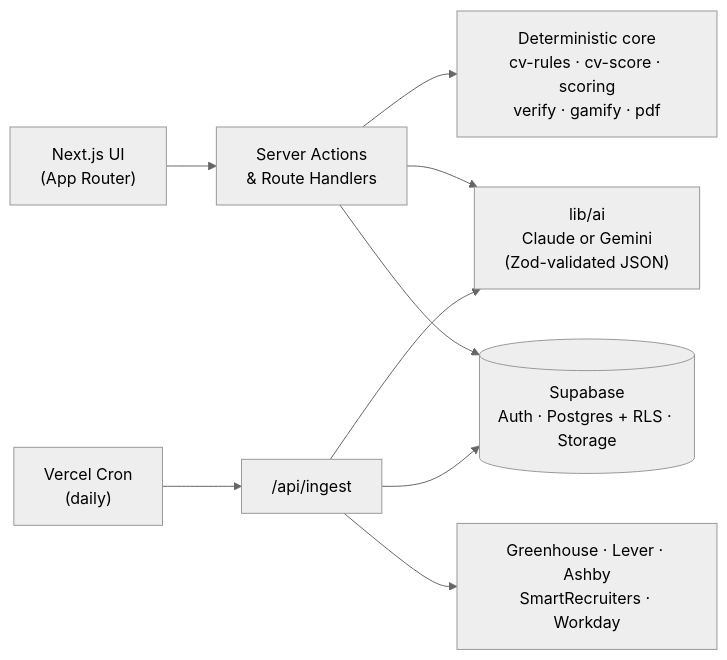
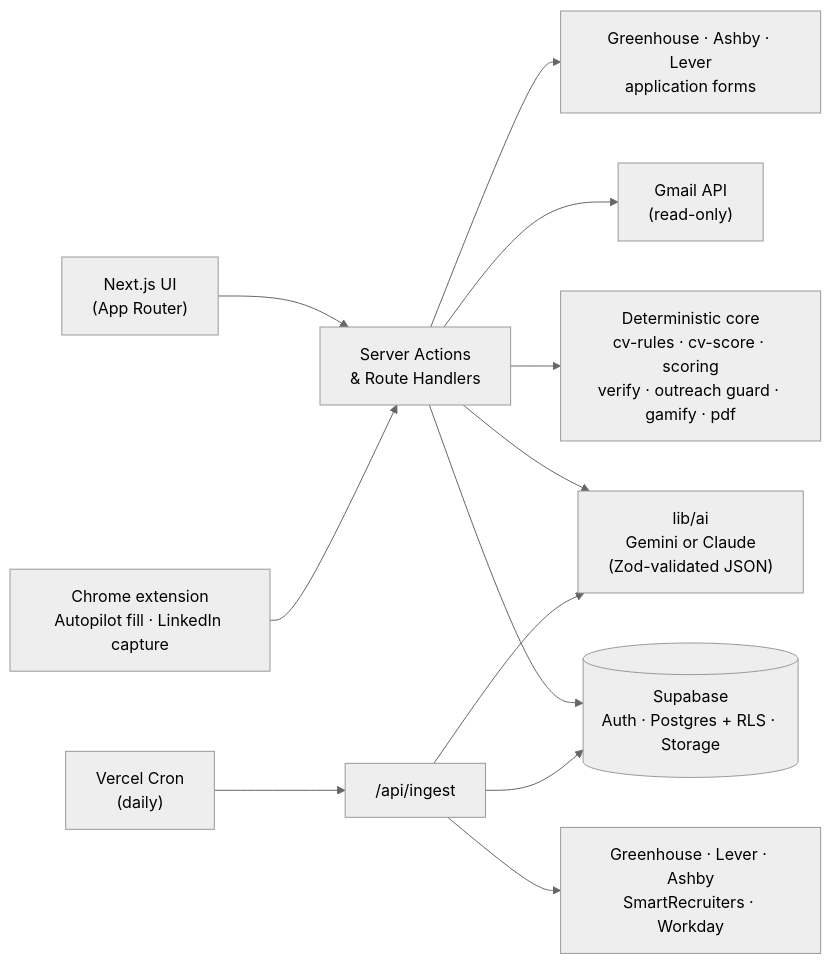
Before and after one commit to berkeaskim/placed: the diagram in README.md, drawn with Mermaid (neutral theme). The commit also changed other lines of this file, not shown here.

First line of the commit message:
docs(readme): cover Autopilot, LinkedIn score, interview prep, Inbox Agent and networking

````diff
--- a/README.md
+++ b/README.md
@@ -121,11 +149,14 @@
 ```mermaid
 flowchart LR
     UI["Next.js UI<br/>(App Router)"] --> SA["Server Actions<br/>& Route Handlers"]
+    EXT["Chrome extension<br/>Autopilot fill · LinkedIn capture"] --> SA
     SA --> DB[("Supabase<br/>Auth · Postgres + RLS · Storage")]
-    SA --> AI["lib/ai<br/>Claude or Gemini<br/>(Zod-validated JSON)"]
-    SA --> DET["Deterministic core<br/>cv-rules · cv-score · scoring<br/>verify · gamify · pdf"]
+    SA --> AI["lib/ai<br/>Gemini or Claude<br/>(Zod-validated JSON)"]
+    SA --> DET["Deterministic core<br/>cv-rules · cv-score · scoring<br/>verify · outreach guard · gamify · pdf"]
+    SA --> GM["Gmail API<br/>(read-only)"]
+    SA --> FORMS["Greenhouse · Ashby · Lever<br/>application forms"]
     CRON["Vercel Cron<br/>(daily)"] --> ING["/api/ingest"]
     ING --> ATS["Greenhouse · Lever · Ashby<br/>SmartRecruiters · Workday"]
     ING --> AI
     ING --> DB
 ```
````
